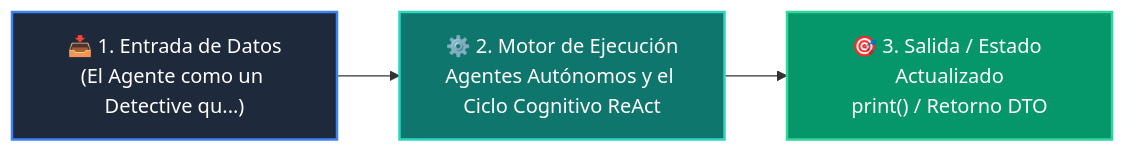
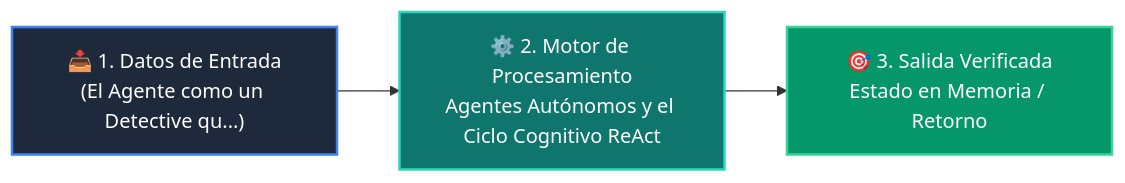
One commit to wisrovi/wisrovi-python changed the diagram in 03-agentes-ia/clase-07-agentes-autonomos-react/README.md. Above: the diagram before and after it, drawn with Mermaid. The commit also changed other lines of this file and 226 other files, not shown here.

Commit message:
docs: elevate all repository READMEs to world-class mastery standard with rich pedagogical architecture, custom Mermaids, and professional styling

````diff
--- a/03-agentes-ia/clase-07-agentes-autonomos-react/README.md
+++ b/03-agentes-ia/clase-07-agentes-autonomos-react/README.md
@@ -12,9 +26,9 @@
 ```mermaid
 flowchart LR
-    A["📥 1. Entrada de Datos<br/>(El Agente como un Detective qu...)"] --> B["⚙️ 2. Motor de Ejecución<br/>Agentes Autónomos y el Ciclo Cognitivo ReAct"]
-    B --> C["🎯 3. Salida / Estado Actualizado<br/>print() / Retorno DTO"]
+    IN["📥 1. Datos de Entrada<br/>(El Agente como un Detective qu...)"] --> ENG["⚙️ 2. Motor de Procesamiento<br/>Agentes Autónomos y el Ciclo Cognitivo ReAct"]
+    ENG --> OUT["🎯 3. Salida Verificada<br/>Estado en Memoria / Retorno"]
 
-    style A fill:#1e293b,color:#ffffff,stroke:#3b82f6,stroke-width:2px
-    style B fill:#0f766e,color:#ffffff,stroke:#2dd4bf,stroke-width:2px
-    style C fill:#059669,color:#ffffff,stroke:#34d399,stroke-width:2px
+    style IN fill:#1e293b,color:#ffffff,stroke:#3b82f6,stroke-width:2px
+    style ENG fill:#0f766e,color:#ffffff,stroke:#2dd4bf,stroke-width:2px
+    style OUT fill:#059669,color:#ffffff,stroke:#34d399,stroke-width:2px
 ```
````
